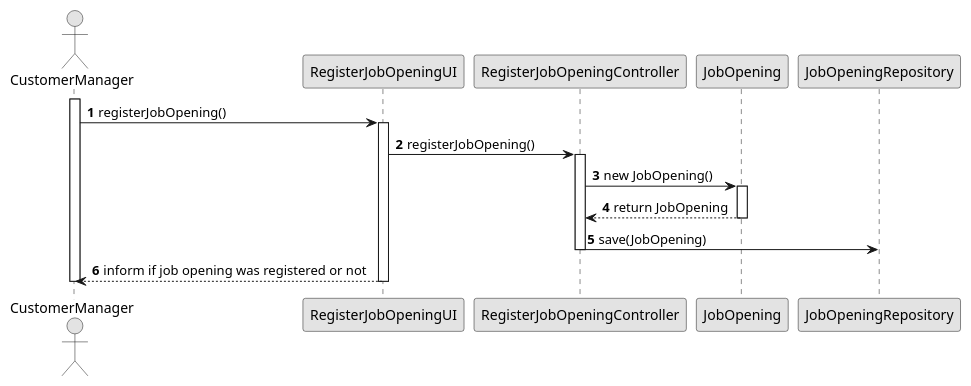
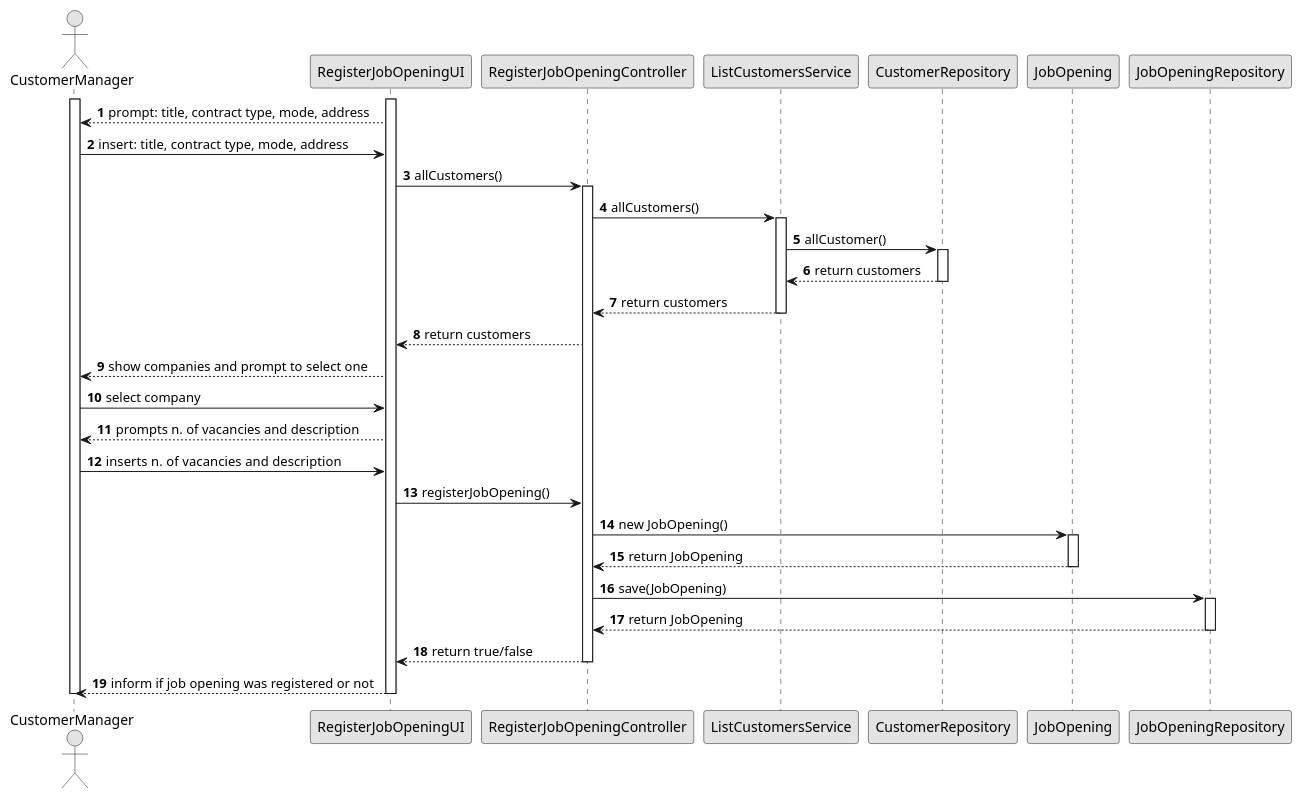
The diagram in docs/Sprint B/us_1002/sequence-diagram.puml (Goncalves2525/Jobs4U-Talent-Acquisition-Management-System), drawn with PlantUML before and after one commit. The commit also changed 21 other files, not shown here.

```diff
--- a/docs/Sprint B/us_1002/sequence-diagram.puml
+++ b/docs/Sprint B/us_1002/sequence-diagram.puml
@@ -1,35 +1,58 @@
 @startuml
 skinparam monochrome true
 skinparam packageStyle rectangle
 skinparam shadowing false
 
 autonumber
 
 'hide footbox
 actor "CustomerManager" as CM
 participant "RegisterJobOpeningUI" as UI
 participant "RegisterJobOpeningController" as CTRL
+participant "ListCustomersService" as JOSVC
+participant "CustomerRepository" as CREPO
 participant "JobOpening" as JO
 participant "JobOpeningRepository" as JOREPO
 
 
 
+
+
 activate CM
-    CM -> UI : registerJobOpening()
     activate UI
-        UI -> CTRL : registerJobOpening()
+        UI --> CM : prompt: title, contract type, mode, address
+        CM -> UI : insert: title, contract type, mode, address
+        UI -> CTRL : allCustomers()
         activate CTRL
+            CTRL -> JOSVC : allCustomers()
+            activate JOSVC
+                JOSVC -> CREPO : allCustomer()
+                activate CREPO
+                    CREPO --> JOSVC : return customers
+                deactivate CREPO
+                JOSVC --> CTRL : return customers
+            deactivate JOSVC
+            CTRL --> UI : return customers
+            UI --> CM : show companies and prompt to select one
+            CM -> UI : select company
+            UI --> CM : prompts n. of vacancies and description
+            CM -> UI : inserts  n. of vacancies and description
+            UI -> CTRL : registerJobOpening()
             CTRL -> JO : new JobOpening()
             activate JO
                 JO --> CTRL : return JobOpening
             deactivate JO
             CTRL -> JOREPO : save(JobOpening)
+            activate JOREPO
+                JOREPO --> CTRL : return JobOpening
+            deactivate JOREPO
+            CTRL --> UI : return true/false
         deactivate CTRL
         UI --> CM : inform if job opening was registered or not
     deactivate UI
 deactivate CM
 
 
 
 
 @enduml
```
